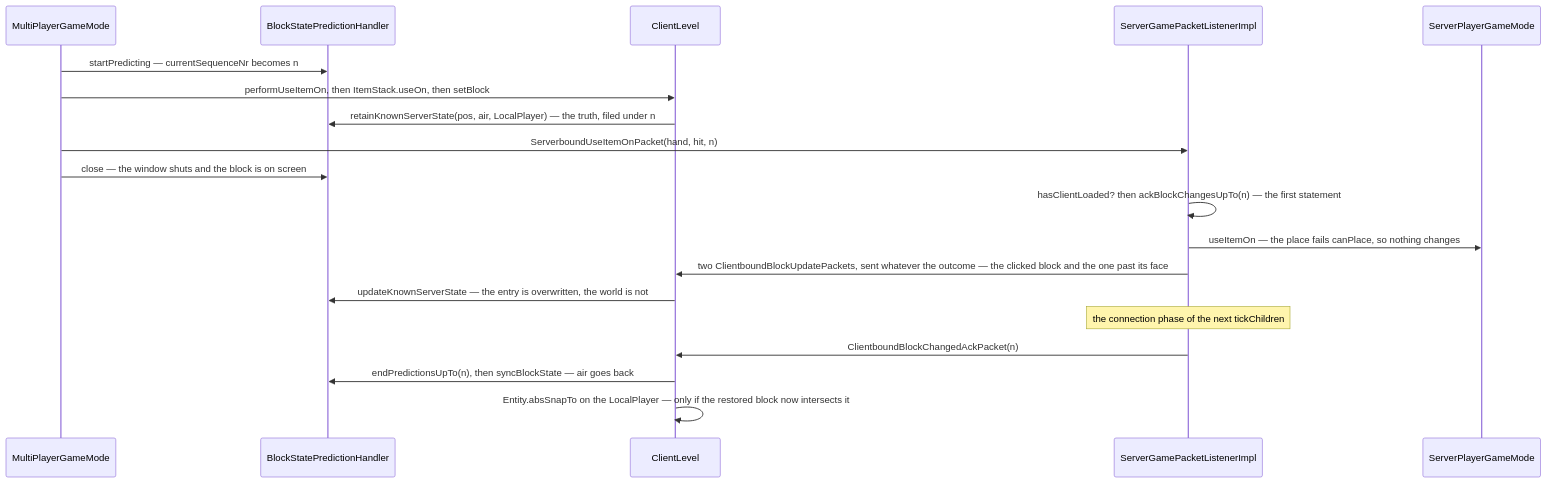
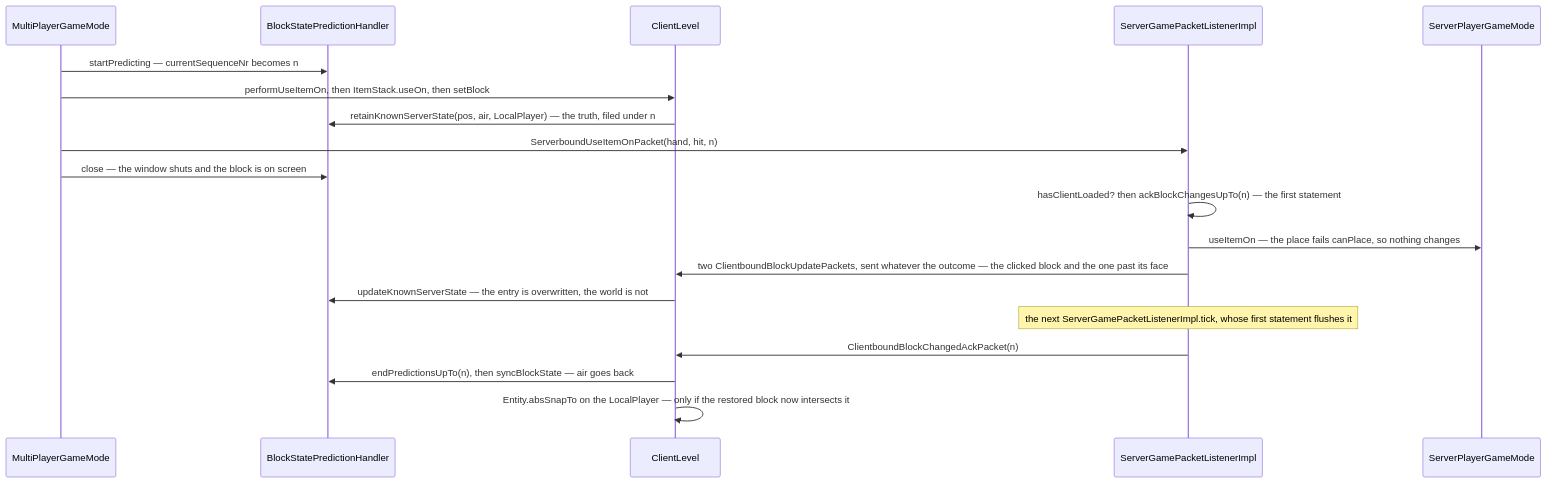
The second of 2 diagrams in src/systems/client/prediction-and-acks.md (AlexanderjFraser/MinecraftDocs), drawn with Mermaid before and after one commit. The commit also changed other lines of this file and 20 other files, not shown here.

````diff
--- a/src/systems/client/prediction-and-acks.md
+++ b/src/systems/client/prediction-and-acks.md
@@ -117,22 +122,22 @@
 ```mermaid
 sequenceDiagram
     participant MPGM as MultiPlayerGameMode
     participant BSPH as BlockStatePredictionHandler
     participant CL as ClientLevel
     participant SGPL as ServerGamePacketListenerImpl
     participant SPGM as ServerPlayerGameMode
 
     MPGM->>BSPH: startPredicting — currentSequenceNr becomes n
     MPGM->>CL: performUseItemOn, then ItemStack.useOn, then setBlock
     CL->>BSPH: retainKnownServerState(pos, air, LocalPlayer) — the truth, filed under n
     MPGM->>SGPL: ServerboundUseItemOnPacket(hand, hit, n)
     MPGM->>BSPH: close — the window shuts and the block is on screen
     SGPL->>SGPL: hasClientLoaded? then ackBlockChangesUpTo(n) — the first statement
     SGPL->>SPGM: useItemOn — the place fails canPlace, so nothing changes
     SGPL->>CL: two ClientboundBlockUpdatePackets, sent whatever the outcome — the clicked block and the one past its face
     CL->>BSPH: updateKnownServerState — the entry is overwritten, the world is not
-    Note over SGPL: the connection phase of the next tickChildren
+    Note over SGPL: the next ServerGamePacketListenerImpl.tick, whose first statement flushes it
     SGPL->>CL: ClientboundBlockChangedAckPacket(n)
     CL->>BSPH: endPredictionsUpTo(n), then syncBlockState — air goes back
     CL->>CL: Entity.absSnapTo on the LocalPlayer — only if the restored block now intersects it
 ```
````
